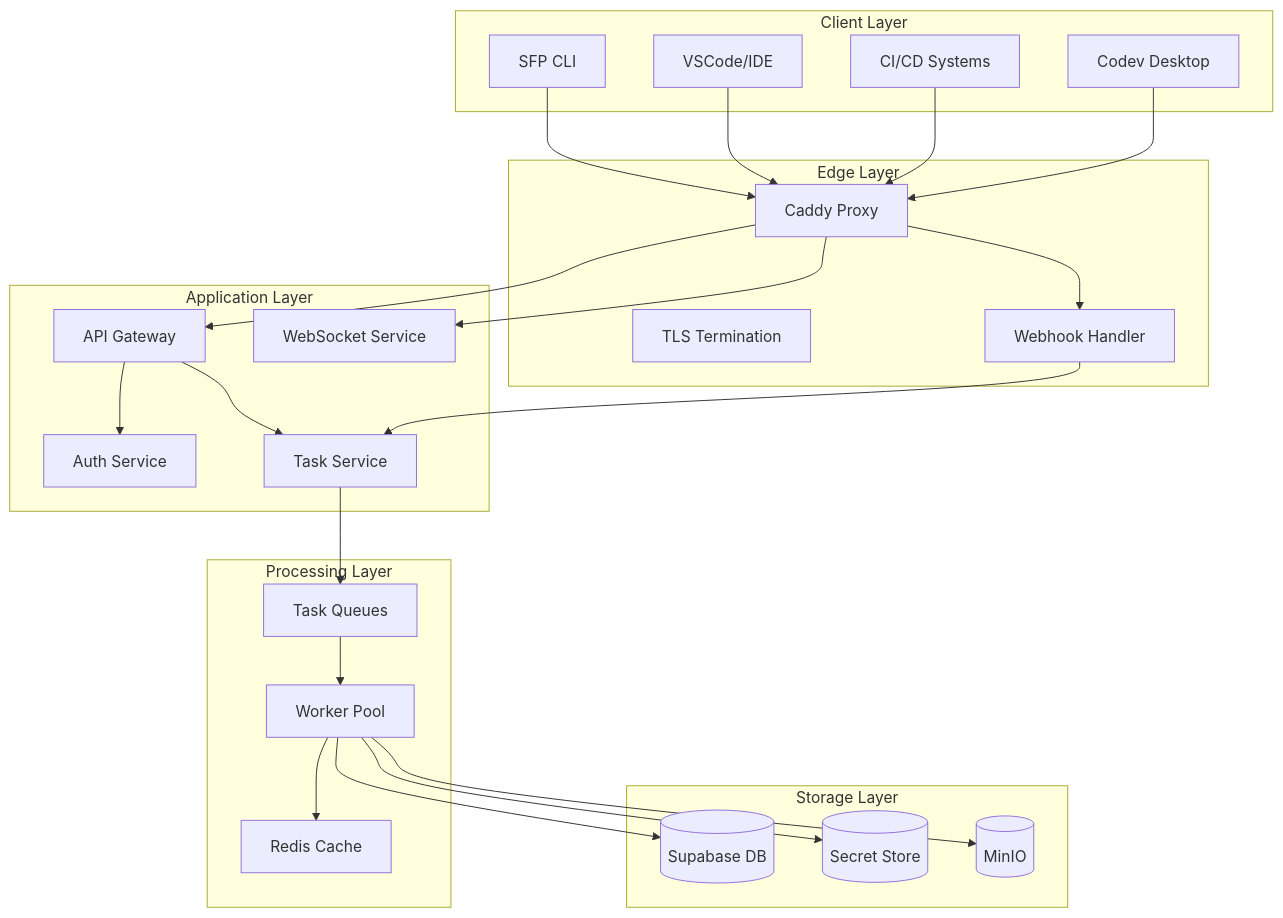
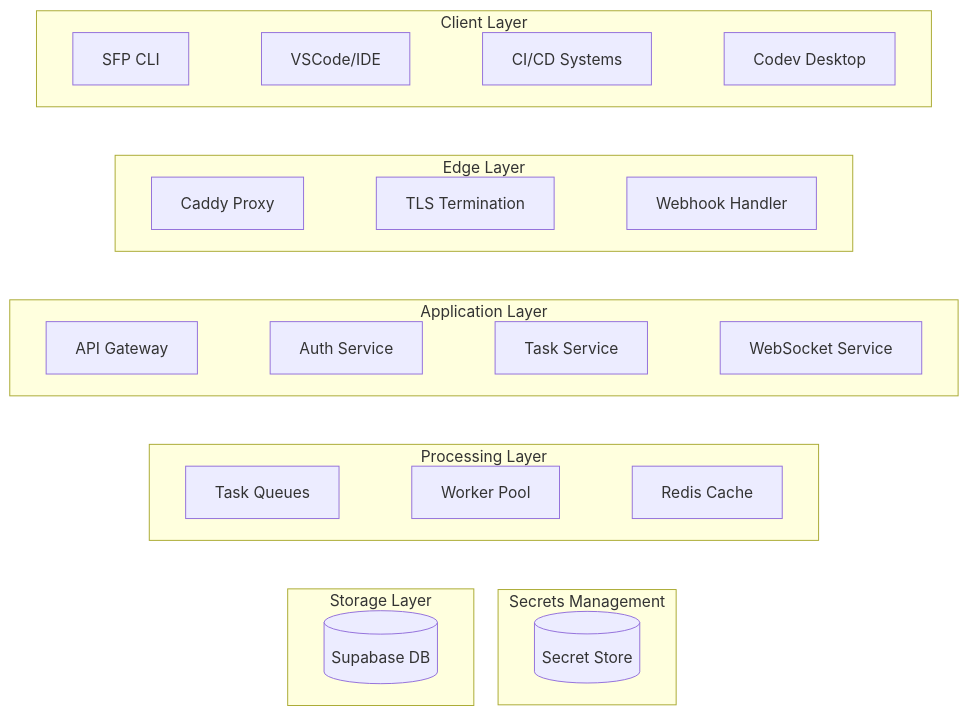
One commit to flxbl-io/docs-sfp changed the second of 11 diagrams in running-sfp-as-a-server/sfp-pro-server-architecture-overview.md. Above: the diagram before and after it, drawn with Mermaid. The commit also changed other lines of this file, not shown here.

Commit message:
minor changes to diagrams

````diff
--- a/running-sfp-as-a-server/sfp-pro-server-architecture-overview.md
+++ b/running-sfp-as-a-server/sfp-pro-server-architecture-overview.md
@@ -124,55 +125,57 @@
 ```mermaid
-graph TB
-    subgraph "Client Layer"
+flowchart TB
+    %%{init: {"flowchart": {"nodeSpacing": 25, "rankSpacing": 50}}}%%
+    classDef blockStyle fill:#f9f,stroke-width:0;
+    
+    subgraph ClientLayer[Client Layer]
         CLI[SFP CLI]
         IDE[VSCode/IDE]
         CI[CI/CD Systems]
         CD[Codev Desktop]
     end
 
-    subgraph "Edge Layer"
+    subgraph EdgeLayer[Edge Layer]
         CP[Caddy Proxy]
         TLS[TLS Termination]
         WH[Webhook Handler]
     end
 
-    subgraph "Application Layer"
+    subgraph AppLayer[Application Layer]
         API[API Gateway]
         Auth[Auth Service]
         Tasks[Task Service]
         WS[WebSocket Service]
     end
 
-    subgraph "Processing Layer"
+    subgraph ProcessLayer[Processing Layer]
         Queue[Task Queues]
         Workers[Worker Pool]
         Cache[Redis Cache]
     end
 
-    subgraph "Storage Layer"
+    subgraph StorageLayer[Storage Layer]
         DB[(Supabase DB)]
-        Secrets[(Secret Store)]
-        Files[(MinIO)]
     end
 
-    CLI --> CP
-    IDE --> CP
-    CI --> CP
-    CD --> CP
+    subgraph SecretsLayer[Secrets Management]
+        Secrets[(Secret Store)]
+    end
 
-    CP --> API
-    CP --> WH
-    CP --> WS
+    class ClientLayer,EdgeLayer,AppLayer,ProcessLayer,StorageLayer,SecretsLayer blockStyle;
 
-    API --> Auth
-    API --> Tasks
-    WH --> Tasks
+    %% Vertical layer ordering with hidden connections
+    ClientLayer -.-> EdgeLayer
+    EdgeLayer -.-> AppLayer
+    AppLayer -.-> ProcessLayer
+    ProcessLayer -.-> StorageLayer
+    ProcessLayer -.-> SecretsLayer
 
-    Tasks --> Queue
-    Queue --> Workers
-    Workers --> Cache
+    %% Horizontal component layout with hidden connections
+    CLI -.-> IDE -.-> CI -.-> CD
+    CP -.-> TLS -.-> WH
+    API -.-> Auth -.-> Tasks -.-> WS
+    Queue -.-> Workers -.-> Cache
 
-    Workers --> DB
-    Workers --> Secrets
-    Workers --> Files
+    %% Remove all connection styling
+    linkStyle default stroke-width:0,stroke:transparent;
 ```
````
